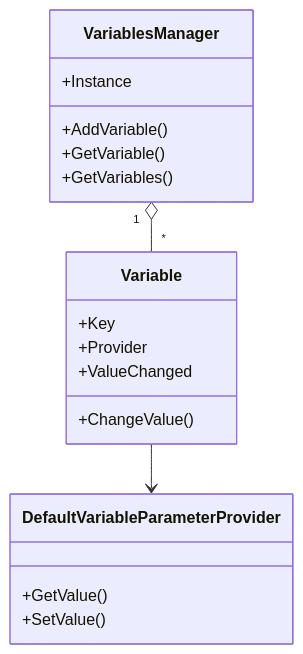
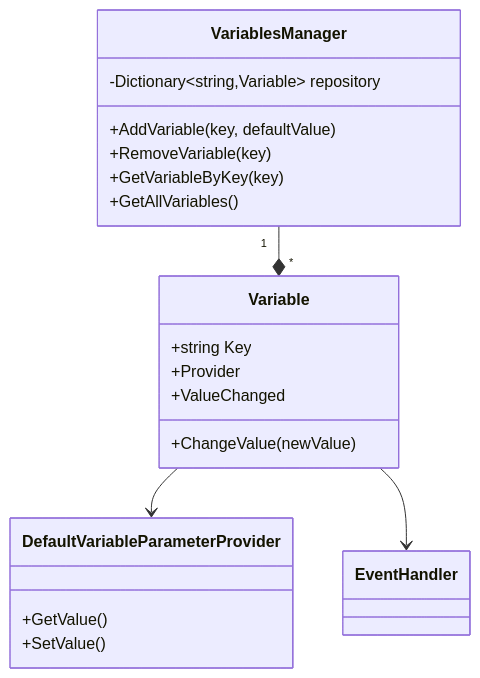
The first of 2 diagrams in Assets/Scripts/domain/variables/README.md (germsteel/UnityScratch), drawn with Mermaid before and after one commit. The commit also changed other lines of this file and 10 other files, not shown here.

````diff
--- a/Assets/Scripts/domain/variables/README.md
+++ b/Assets/Scripts/domain/variables/README.md
@@ -12,24 +21,26 @@
 ```mermaid
 classDiagram
-    VariablesManager "1" o-- "*" Variable
+    VariablesManager "1" --* "*" Variable
     Variable --> DefaultVariableParameterProvider
+    Variable --> EventHandler
 
     class VariablesManager {
-        +Instance
-        +AddVariable()
-        +GetVariable()
-        +GetVariables()
+        -Dictionary~string,Variable~ repository
+        +AddVariable(key, defaultValue)
+        +RemoveVariable(key)
+        +GetVariableByKey(key)
+        +GetAllVariables()
     }
 
     class Variable {
-        +Key
+        +string Key
         +Provider
         +ValueChanged
-        +ChangeValue()
+        +ChangeValue(newValue)
     }
 
     class DefaultVariableParameterProvider {
         +GetValue()
         +SetValue()
     }
 ```
````
